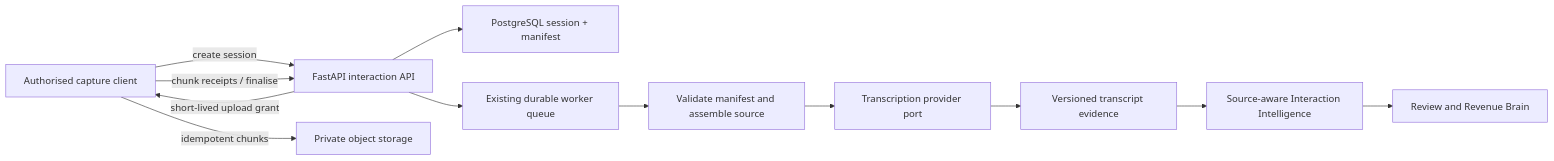
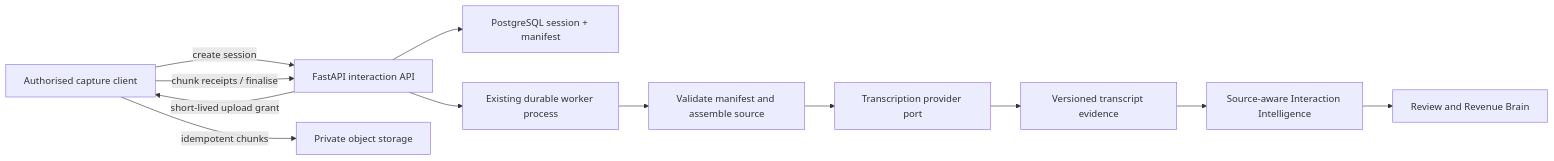
One commit to KevinFinnerty2205/revenueos changed the first of 2 diagrams in docs/03-engineering/recording-and-transcription-architecture.md. Above: the diagram before and after it, drawn with Mermaid. The commit also changed other lines of this file and 74 other files, not shown here.

````diff
--- a/docs/03-engineering/recording-and-transcription-architecture.md
+++ b/docs/03-engineering/recording-and-transcription-architecture.md
@@ -24,14 +25,14 @@
 ```mermaid
 flowchart LR
     CL["Authorised capture client"] -->|"create session"| API["FastAPI interaction API"]
     API --> DB["PostgreSQL session + manifest"]
     API -->|"short-lived upload grant"| CL
     CL -->|"idempotent chunks"| OS["Private object storage"]
     CL -->|"chunk receipts / finalise"| API
-    API --> Q["Existing durable worker queue"]
+    API --> Q["Existing durable worker process"]
     Q --> F["Validate manifest and assemble source"]
     F --> T["Transcription provider port"]
     T --> TX["Versioned transcript evidence"]
     TX --> II["Source-aware Interaction Intelligence"]
     II --> RV["Review and Revenue Brain"]
 ```
````
